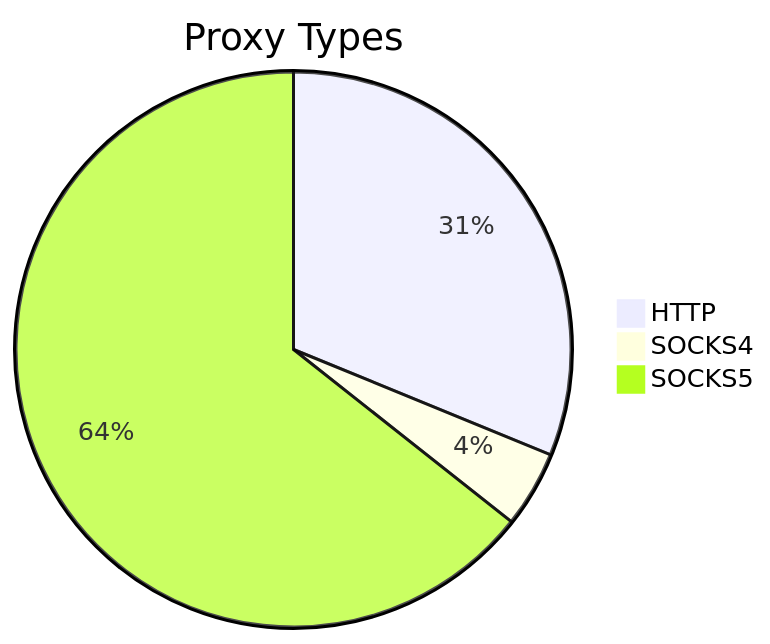
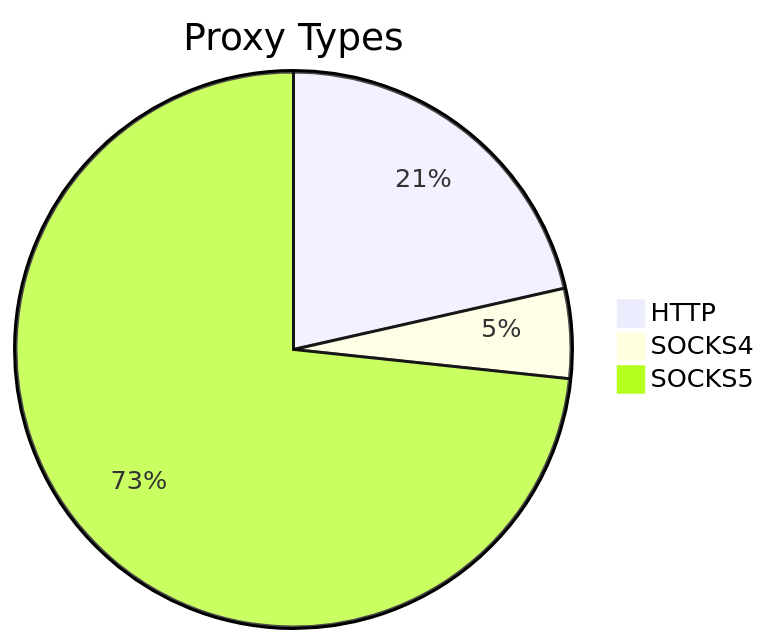
One commit to stormsia/proxy-list changed the first of 2 diagrams in README.md. Above: the diagram before and after it, drawn with Mermaid. The commit also changed other lines of this file, not shown here.

````diff
--- a/README.md
+++ b/README.md
@@ -21,6 +21,6 @@
 ```mermaid
 pie title Proxy Types
-    "HTTP" : 126
-    "SOCKS4" : 18
-    "SOCKS5" : 260
+    "HTTP" : 115
+    "SOCKS4" : 28
+    "SOCKS5" : 393
 ```
````
